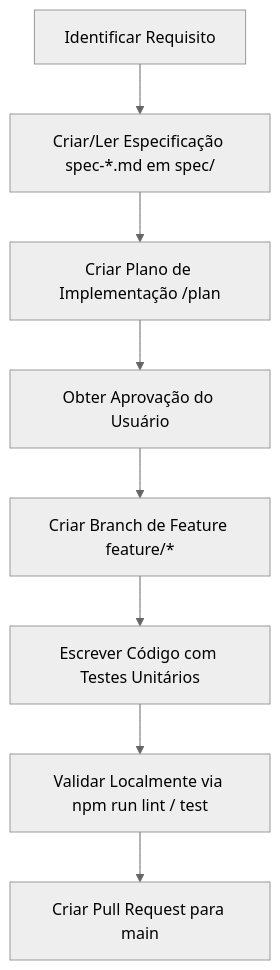
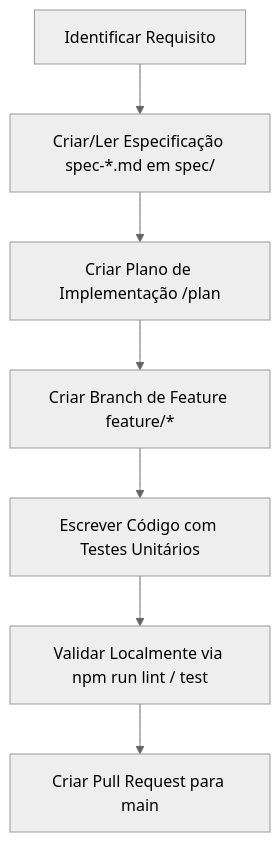
Before and after one commit to carlosrgomes/lab-antigrafity-workflow: the diagram in GEMINI.md, drawn with Mermaid (neutral theme). The commit also changed other lines of this file and 1 other file, not shown here.

Commit message:
docs: update spec and guidelines to remove manual approvals and add automatic image downloads

````diff
--- a/GEMINI.md
+++ b/GEMINI.md
@@ -32,10 +32,9 @@
 ```mermaid
 graph TD
     A[Identificar Requisito] --> B[Criar/Ler Especificação spec-*.md em spec/]
     B --> C[Criar Plano de Implementação /plan]
-    C --> D[Obter Aprovação do Usuário]
-    D --> E[Criar Branch de Feature feature/*]
-    E --> F[Escrever Código com Testes Unitários]
-    F --> G[Validar Localmente via npm run lint / test]
-    G --> H[Criar Pull Request para main]
+    C --> D[Criar Branch de Feature feature/*]
+    D --> E[Escrever Código com Testes Unitários]
+    E --> F[Validar Localmente via npm run lint / test]
+    F --> G[Criar Pull Request para main]
 ```
````
